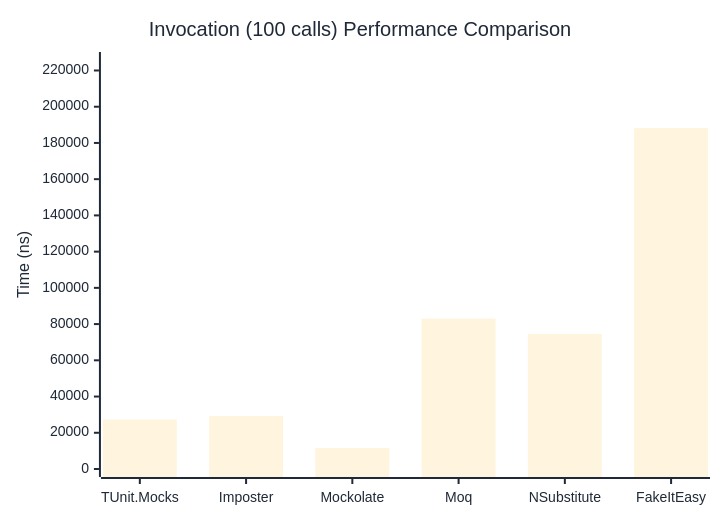
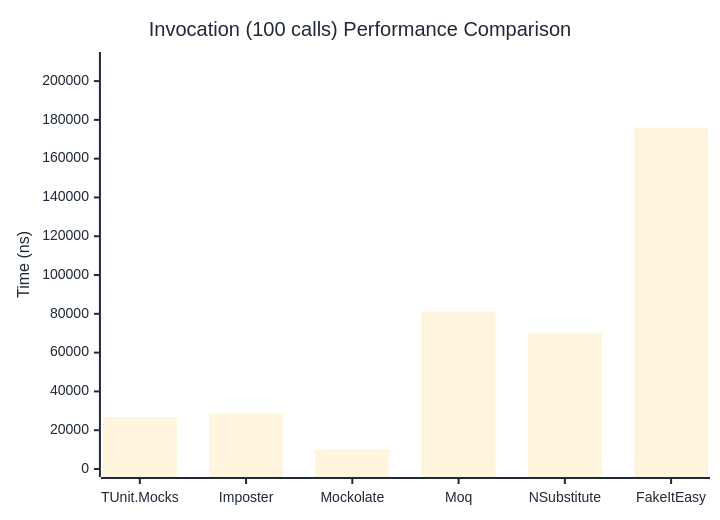
The third of 3 diagrams in docs/docs/benchmarks/mocks/Invocation.md (thomhurst/TUnit), drawn with Mermaid before and after one commit. The commit also changed other lines of this file and 14 other files, not shown here.

````diff
--- a/docs/docs/benchmarks/mocks/Invocation.md
+++ b/docs/docs/benchmarks/mocks/Invocation.md
@@ -112,27 +112,27 @@
 ```mermaid
 %%{init: {
   'theme':'base',
   'themeVariables': {
     'primaryColor': '#2563eb',
     'primaryTextColor': '#1f2937',
     'primaryBorderColor': '#1e40af',
     'lineColor': '#6b7280',
     'secondaryColor': '#7c3aed',
     'tertiaryColor': '#dc2626',
     'background': '#ffffff',
     'pie1': '#2563eb',
     'pie2': '#7c3aed',
     'pie3': '#dc2626',
     'pie4': '#f59e0b',
     'pie5': '#10b981',
     'pie6': '#06b6d4',
     'pie7': '#ec4899',
     'pie8': '#6366f1'
   }
 }}%%
 xychart-beta
   title "Invocation (100 calls) Performance Comparison"
   x-axis ["TUnit.Mocks", "Imposter", "Mockolate", "Moq", "NSubstitute", "FakeItEasy"]
-  y-axis "Time (ns)" 0 --> 225789
-  bar [27297.5, 29287.7, 11598.6, 82994.6, 74564.6, 188157]
+  y-axis "Time (ns)" 0 --> 210872
+  bar [26784.37, 28612.65, 10231.96, 81199.04, 70203.07, 175726.07]
 ```
````
